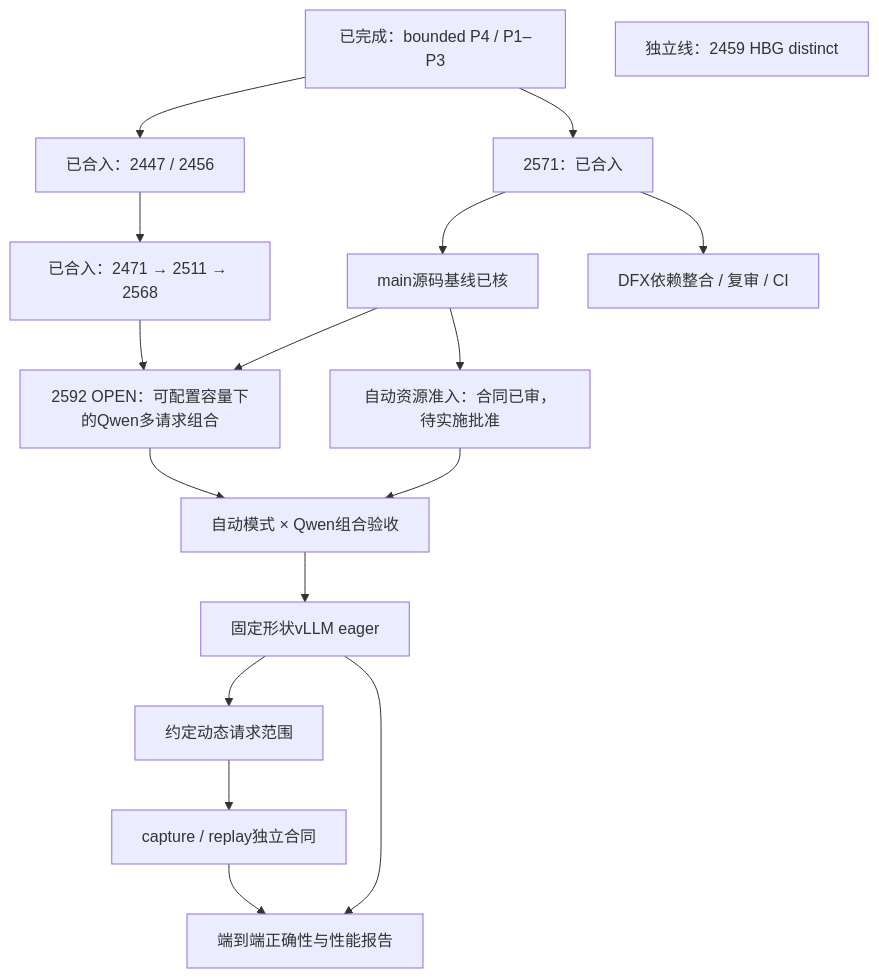
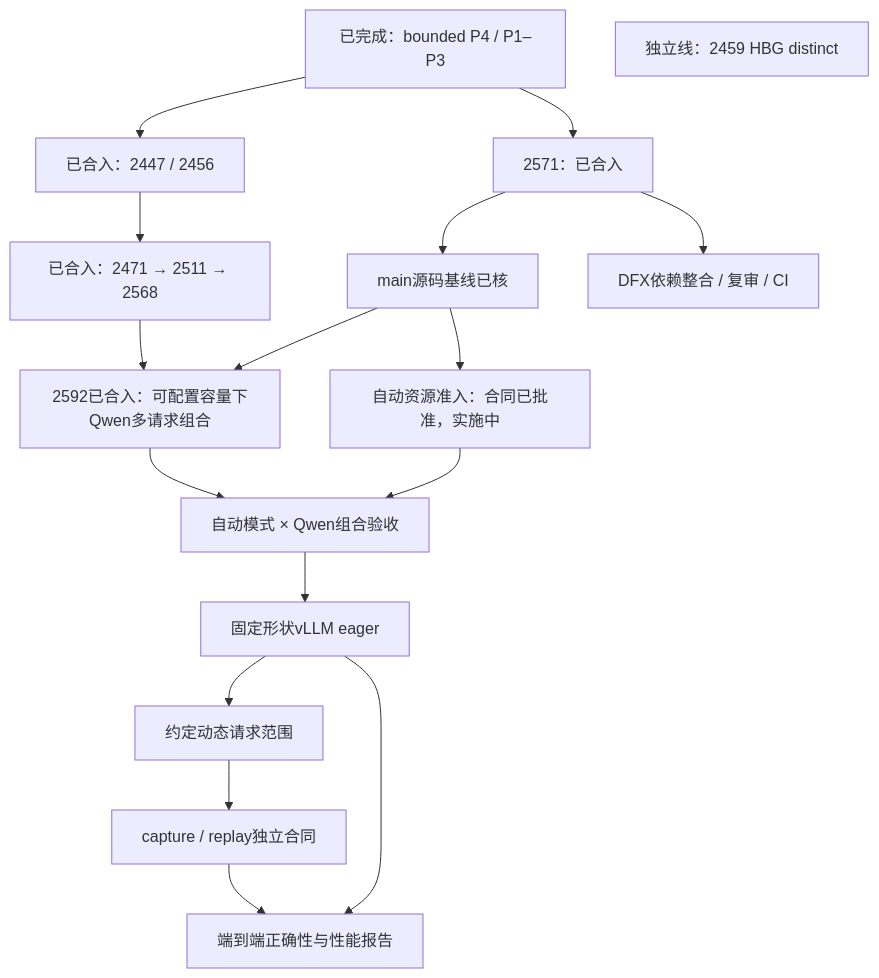
One commit to ChaoWao/simpler-fork changed the diagram in references/pipeline-a/run-pipeline-track-a.md. Above: the diagram before and after it, drawn with Mermaid. The commit also changed other lines of this file and 10 other files, not shown here.

````diff
--- a/references/pipeline-a/run-pipeline-track-a.md
+++ b/references/pipeline-a/run-pipeline-track-a.md
@@ -61,19 +62,19 @@
 ```mermaid
 flowchart TD
   S1[已完成：bounded P4 / P1–P3] --> S2[已合入：2447 / 2456]
   S2 --> S3[已合入：2471 → 2511 → 2568]
   S1 --> R1[2571：已合入]
   R1 --> B[main源码基线已核]
-  B --> A[自动资源准入：合同已审，待实施批准]
+  B --> A[自动资源准入：合同已批准，实施中]
   A --> C[自动模式 × Qwen组合验收]
-  B --> Q[2592 OPEN：可配置容量下的Qwen多请求组合]
+  B --> Q[2592已合入：可配置容量下Qwen多请求组合]
   S3 --> Q
   Q --> C
   R1 --> D[DFX依赖整合 / 复审 / CI]
   C --> E[固定形状vLLM eager]
   E --> F[约定动态请求范围]
   F --> G[capture / replay独立合同]
   E --> H[端到端正确性与性能报告]
   G --> H
   X[独立线：2459 HBG distinct]
 ```
````
